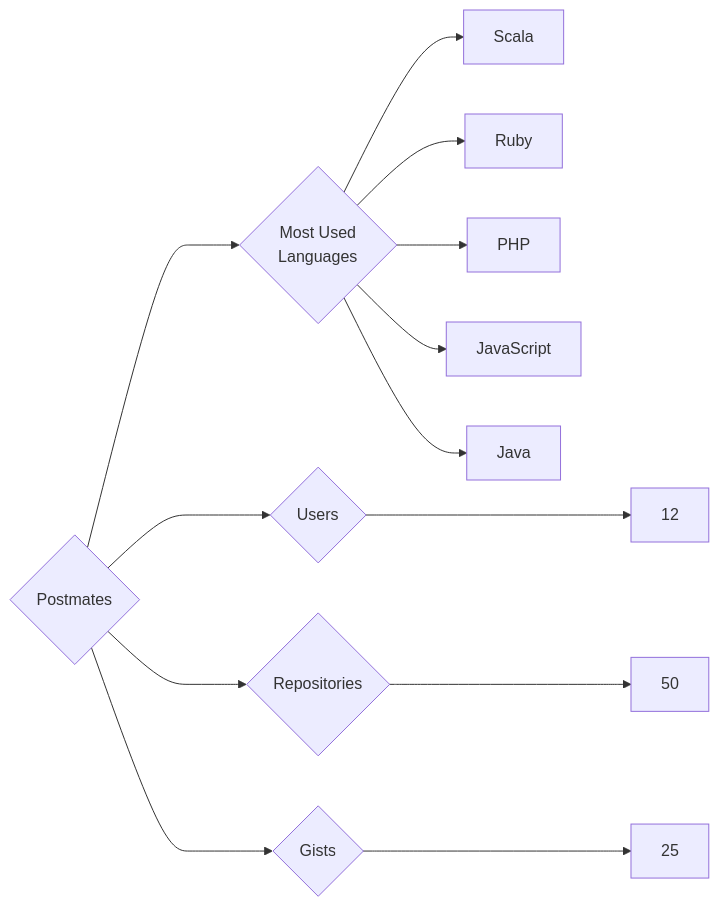
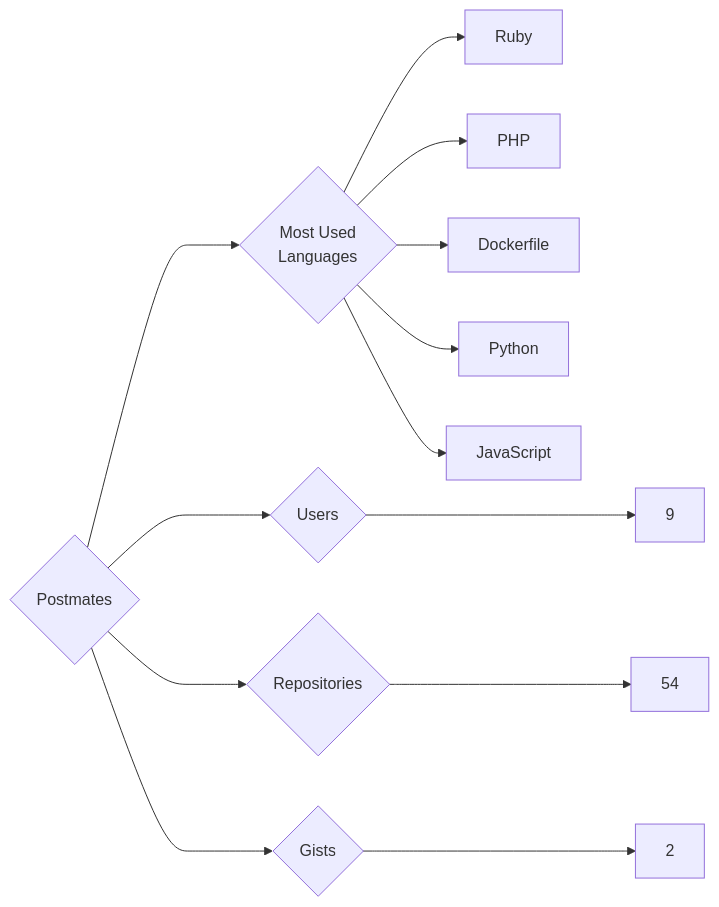
One commit to trickest/insiders changed the diagram in targets/Postmates/README.md. Above: the diagram before and after it, drawn with Mermaid. The commit also changed 1011 other files, not shown here.

````diff
--- a/targets/Postmates/README.md
+++ b/targets/Postmates/README.md
@@ -3,13 +3,13 @@
 ```mermaid
 graph LR
 COMPANY_NAME{Postmates}
-COMPANY_NAME ---> U{Users} ---> UN[12]
-COMPANY_NAME ---> R{Repositories} ---> RN[50]
-COMPANY_NAME ---> G{Gists} ---> GN[25]
+COMPANY_NAME ---> U{Users} ---> UN[9]
+COMPANY_NAME ---> R{Repositories} ---> RN[54]
+COMPANY_NAME ---> G{Gists} ---> GN[2]
 COMPANY_NAME ---> ML{Most Used<br>Languages}
-ML --> Scala[Scala]
 ML --> Ruby[Ruby]
 ML --> PHP[PHP]
+ML --> Dockerfile[Dockerfile]
+ML --> Python[Python]
 ML --> JavaScript[JavaScript]
-ML --> Java[Java]
 ```
````
